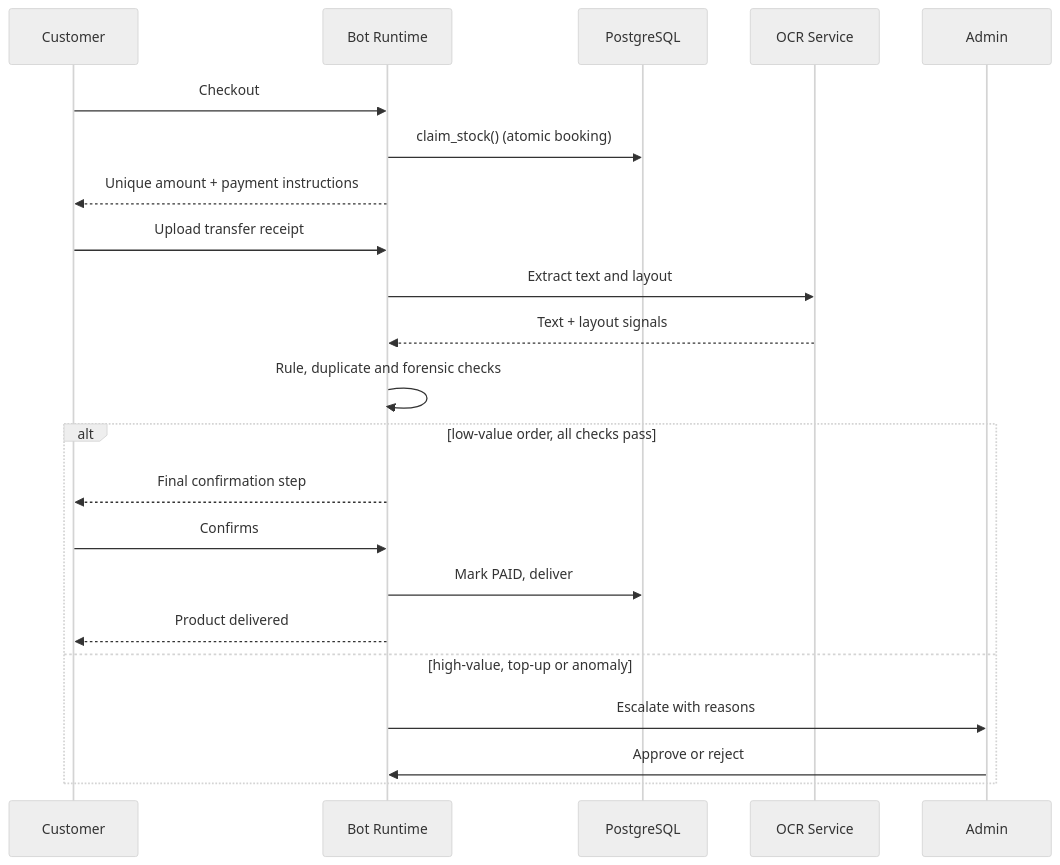
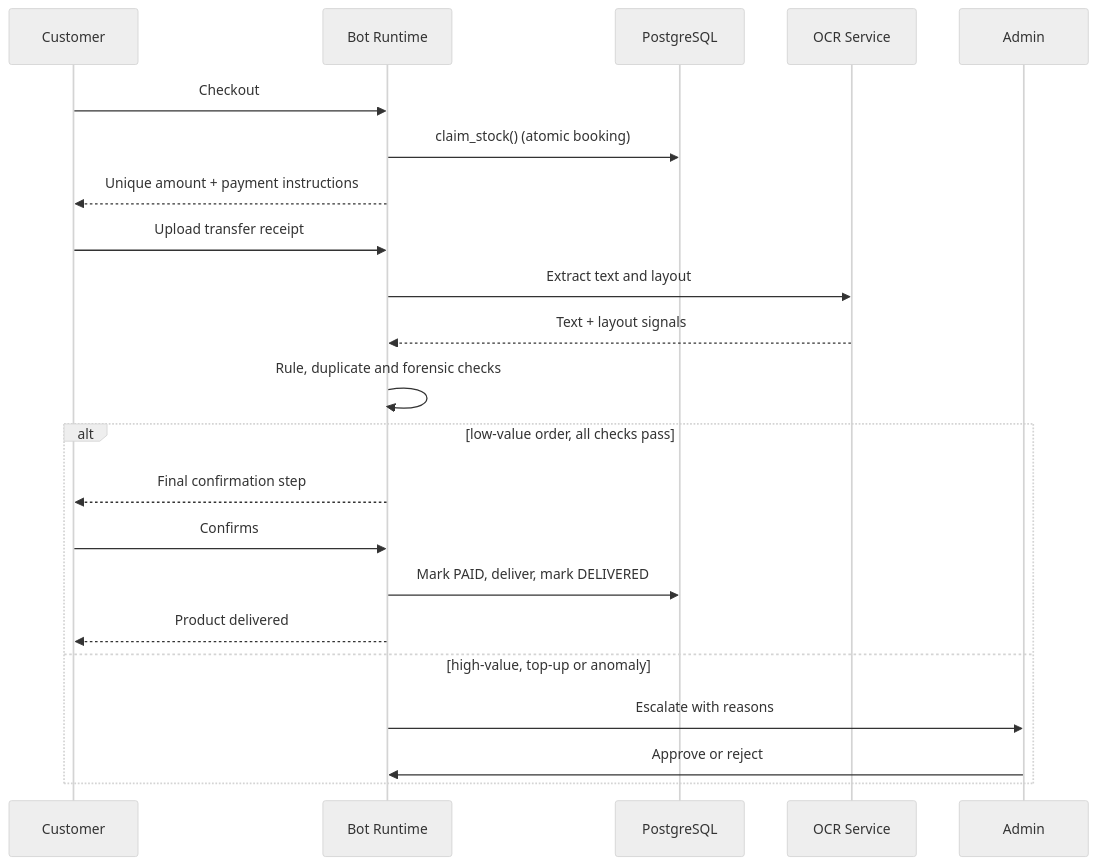
One commit to hugogustaaf/saas-infrastructure-core-V2 changed the second of 2 diagrams in README.md. Above: the diagram before and after it, drawn with Mermaid (neutral theme). The commit also changed other lines of this file, not shown here.

````diff
--- a/README.md
+++ b/README.md
@@ -160,24 +159,24 @@
 ```mermaid
 sequenceDiagram
     participant C as Customer
     participant Bot as Bot Runtime
     participant DB as PostgreSQL
     participant OCR as OCR Service
     participant A as Admin
     C->>Bot: Checkout
     Bot->>DB: claim_stock() (atomic booking)
     Bot-->>C: Unique amount + payment instructions
     C->>Bot: Upload transfer receipt
     Bot->>OCR: Extract text and layout
     OCR-->>Bot: Text + layout signals
     Bot->>Bot: Rule, duplicate and forensic checks
     alt low-value order, all checks pass
         Bot-->>C: Final confirmation step
         C->>Bot: Confirms
-        Bot->>DB: Mark PAID, deliver
+        Bot->>DB: Mark PAID, deliver, mark DELIVERED
         Bot-->>C: Product delivered
     else high-value, top-up or anomaly
         Bot->>A: Escalate with reasons
         A->>Bot: Approve or reject
     end
 ```
````
